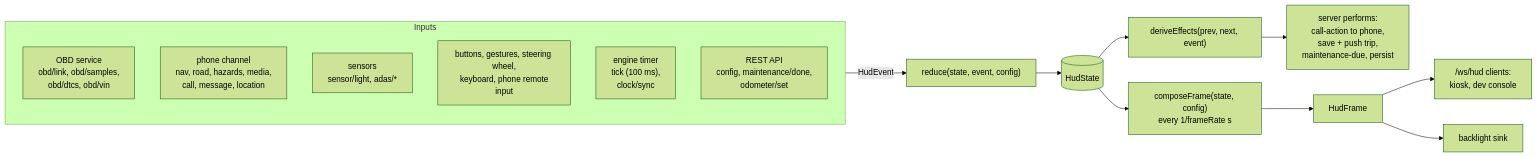
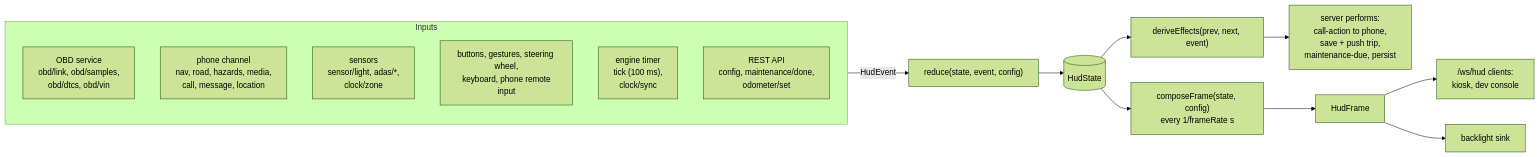
Before and after one commit to Platteration/carheadsup: the diagram in docs/architecture.md, drawn with Mermaid (forest theme). The commit also changed other lines of this file and 37 other files, not shown here.

````diff
--- a/docs/architecture.md
+++ b/docs/architecture.md
@@ -38,19 +38,19 @@
 ```mermaid
 flowchart LR
   subgraph sources["Inputs"]
     obd["OBD service<br/>obd/link, obd/samples,<br/>obd/dtcs, obd/vin"]
     phone["phone channel<br/>nav, road, hazards, media,<br/>call, message, location"]
-    sensors["sensors<br/>sensor/light, adas/*"]
+    sensors["sensors<br/>sensor/light, adas/*,<br/>clock/zone"]
     input["buttons, gestures, steering wheel,<br/>keyboard, phone remote<br/>input"]
     clock["engine timer<br/>tick (100 ms),<br/>clock/sync"]
     api["REST API<br/>config, maintenance/done,<br/>odometer/set"]
   end
   sources -->|"HudEvent"| reduce["reduce(state, event, config)"]
   reduce --> state[("HudState")]
   state --> effects["deriveEffects(prev, next, event)"]
   effects --> perform["server performs:<br/>call-action to phone,<br/>save + push trip,<br/>maintenance-due, persist"]
   state --> compose["composeFrame(state, config)<br/>every 1/frameRate s"]
   compose --> frame["HudFrame"]
   frame --> ws["/ws/hud clients:<br/>kiosk, dev console"]
   frame --> backlight["backlight sink"]
 ```
````
